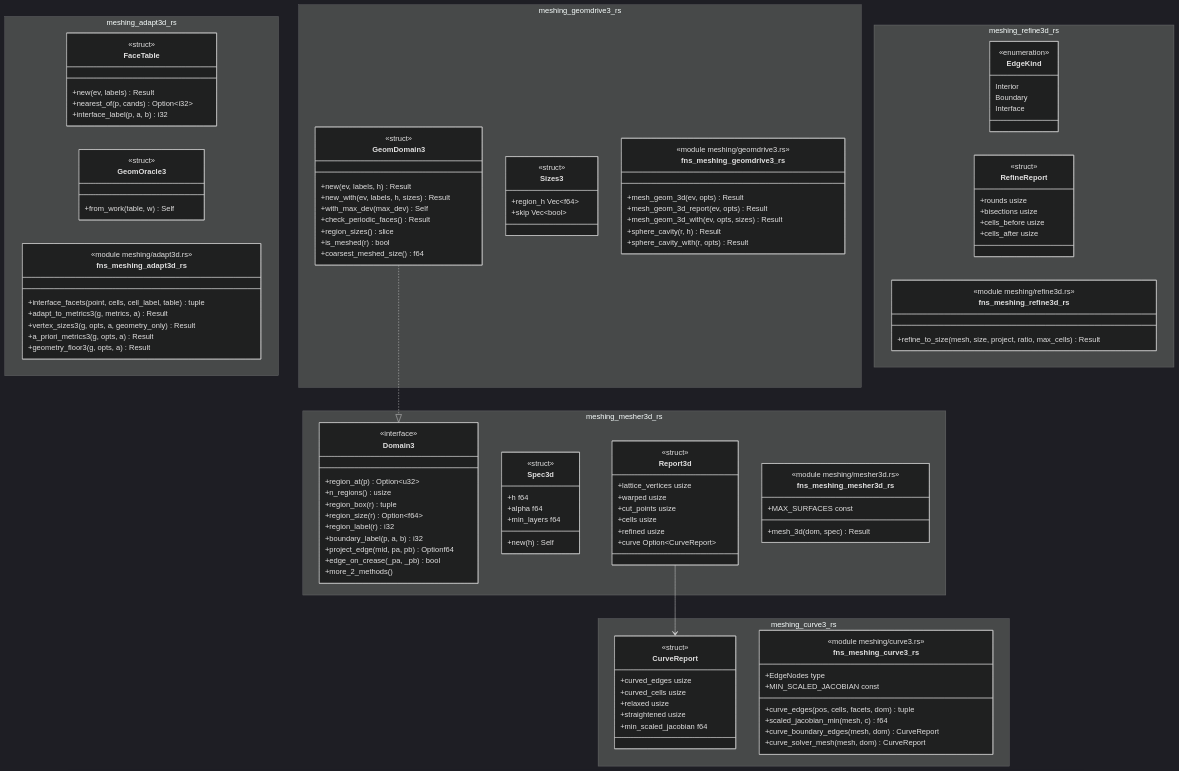
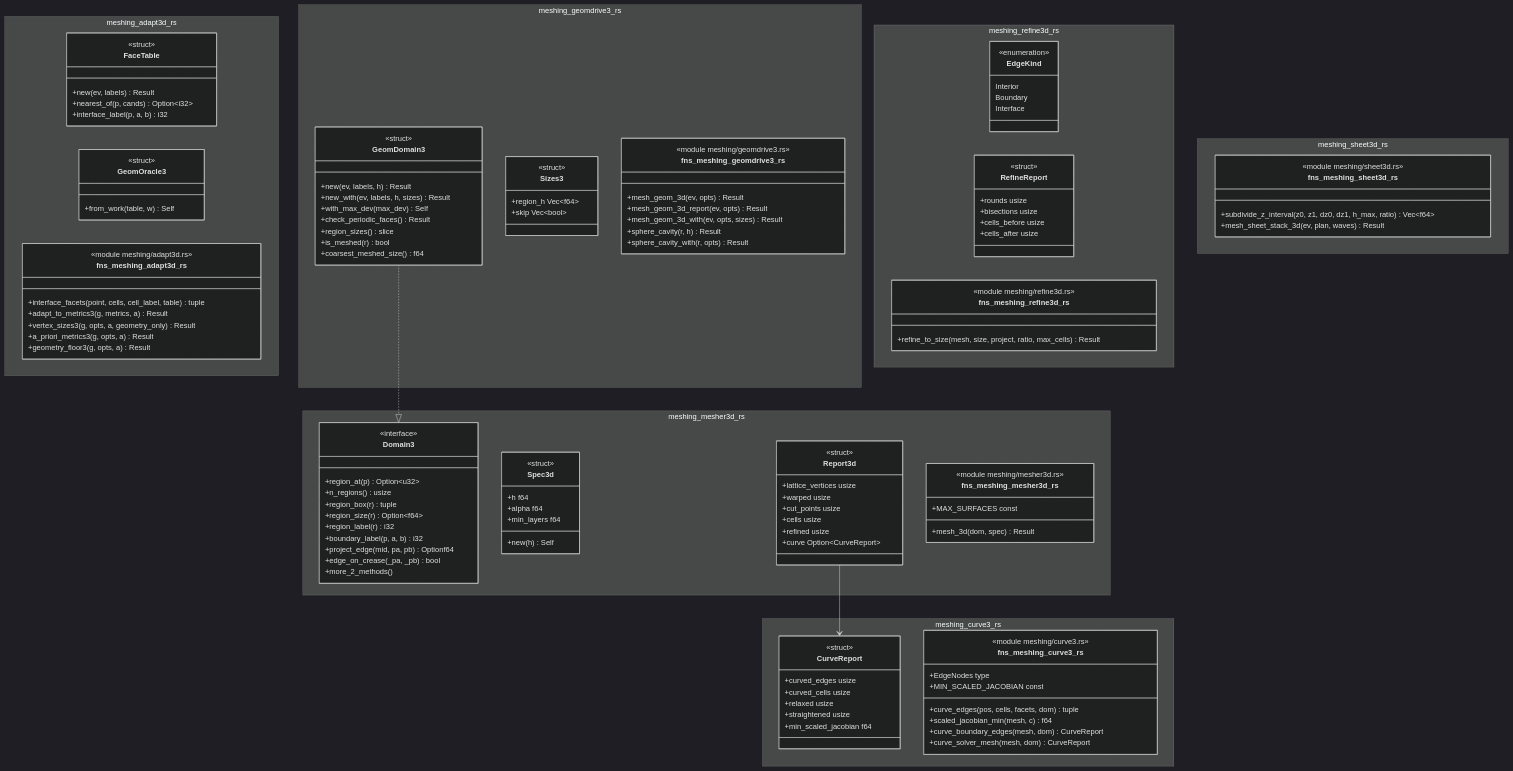
The diagram in docs/architecture/c4/4-code/femcore/meshing3d.md (p-j-r/nyx), drawn with Mermaid (dark theme) before and after one commit. The commit also changed other lines of this file and 208 other files, not shown here.

````diff
--- a/docs/architecture/c4/4-code/femcore/meshing3d.md
+++ b/docs/architecture/c4/4-code/femcore/meshing3d.md
@@ -161,6 +163,13 @@
         +refine_to_size(mesh, size, project, ratio, max_cells) Result
     }
   }
+  namespace meshing_sheet3d_rs {
+    class fns_meshing_sheet3d_rs {
+        <<module meshing/sheet3d.rs>>
+        +subdivide_z_interval(z0, z1, dz0, dz1, h_max, ratio) Vec~f64~
+        +mesh_sheet_stack_3d(ev, plan, waves) Result
+    }
+  }
   GeomDomain3 ..|> Domain3
   Report3d --> CurveReport
 ```
````
